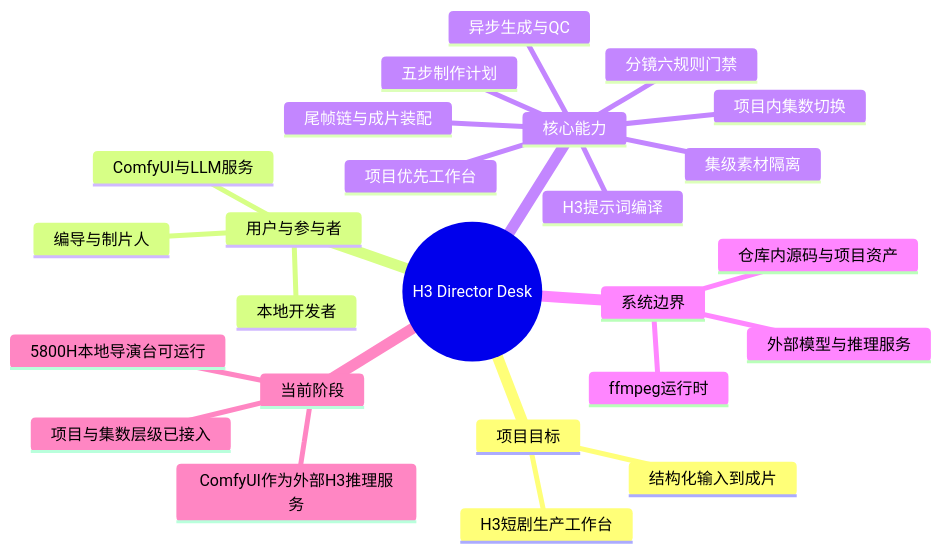
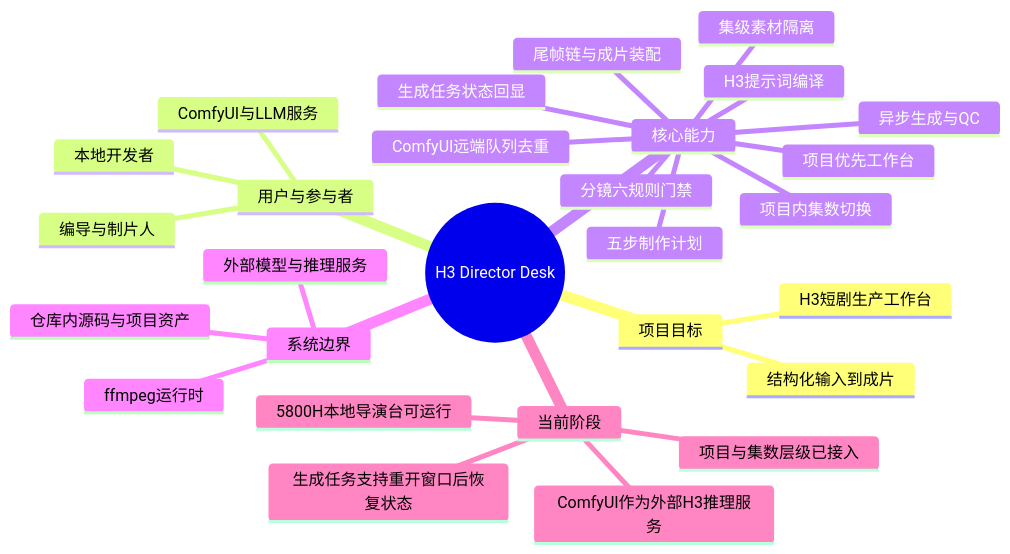
One commit to Exalex/h3-director-desk changed the diagram in docs/project-evolution/mindmaps/project-overview.md. Above: the diagram before and after it, drawn with Mermaid. The commit also changed other lines of this file and 12 other files, not shown here.

````diff
--- a/docs/project-evolution/mindmaps/project-overview.md
+++ b/docs/project-evolution/mindmaps/project-overview.md
@@ -3,28 +3,31 @@
 ```mermaid
 mindmap
   root((H3 Director Desk))
     项目目标
       H3短剧生产工作台
       结构化输入到成片
     用户与参与者
       编导与制片人
       本地开发者
       ComfyUI与LLM服务
     核心能力
       项目优先工作台
       项目内集数切换
       集级素材隔离
       五步制作计划
       分镜六规则门禁
       H3提示词编译
       异步生成与QC
+      生成任务状态回显
+      ComfyUI远端队列去重
       尾帧链与成片装配
     系统边界
       仓库内源码与项目资产
       外部模型与推理服务
       ffmpeg运行时
     当前阶段
       5800H本地导演台可运行
       项目与集数层级已接入
       ComfyUI作为外部H3推理服务
+      生成任务支持重开窗口后恢复状态
 ```
````
